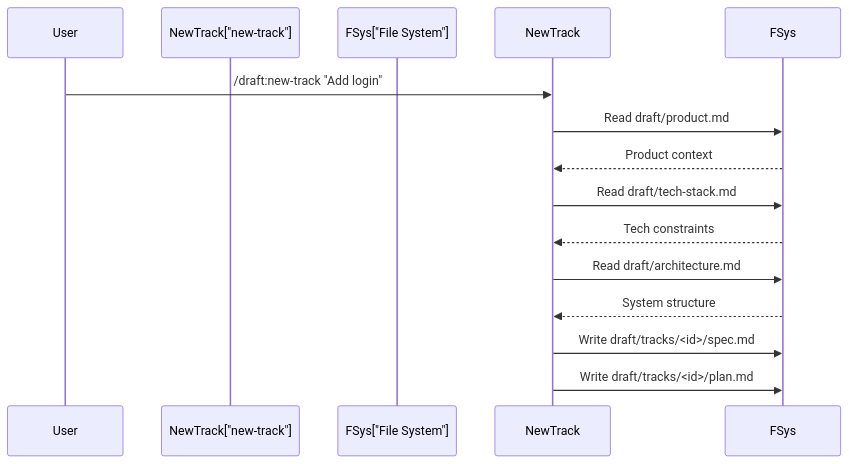
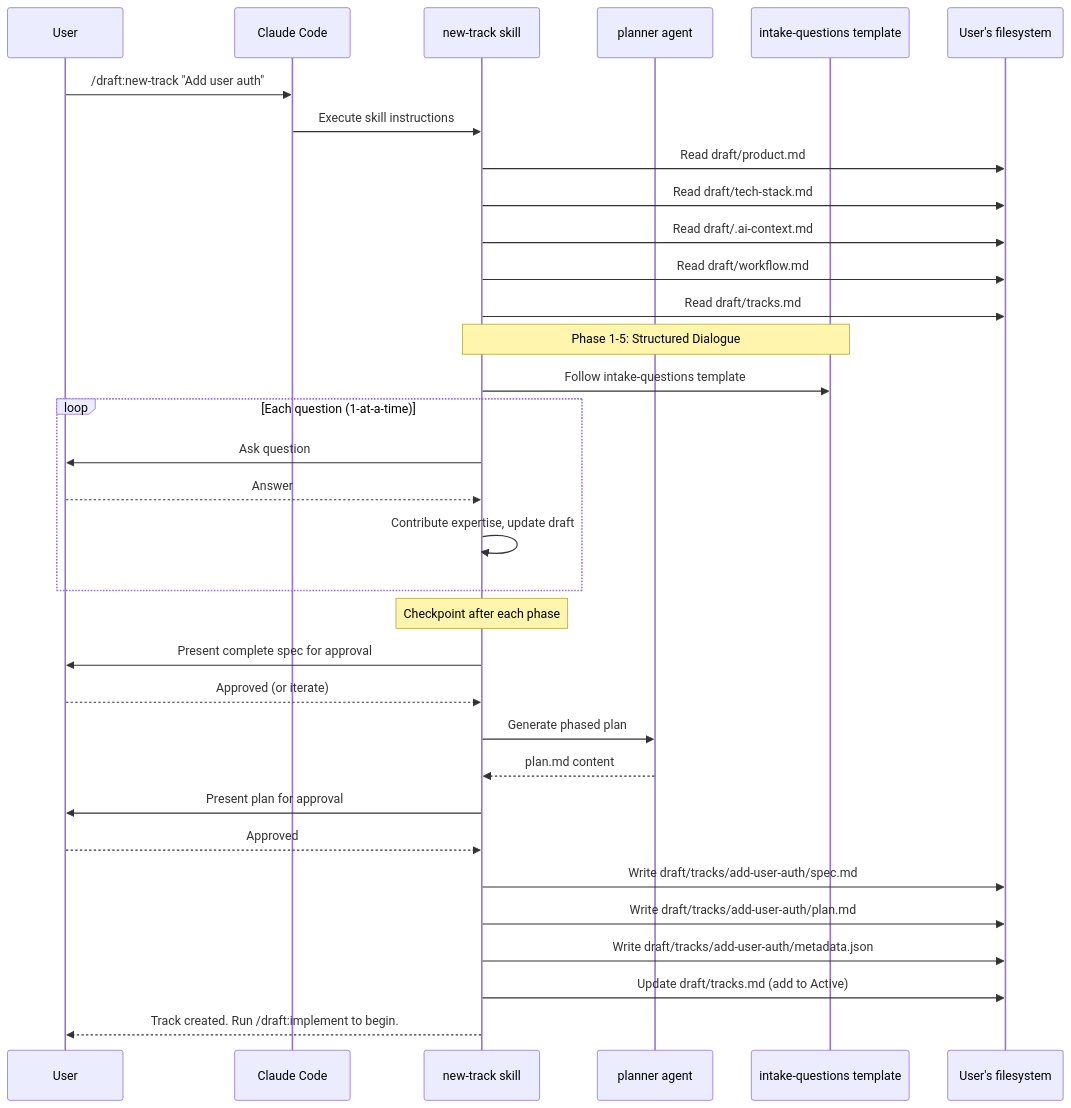
The eighth of 9 diagrams in draft/architecture.md (mayurpise/draft), drawn with Mermaid before and after one commit. The commit also changed other lines of this file and 6 other files, not shown here.

First line of the commit message:
feat(init): regenerate draft context with exhaustive architecture analysis

````diff
--- a/draft/architecture.md
+++ b/draft/architecture.md
@@ -521,16 +1437,43 @@
 ```mermaid
 sequenceDiagram
-    participant User
-    participant NewTrack["new-track"]
-    participant FSys["File System"]
+    participant U as User
+    participant CC as Claude Code
+    participant NT as new-track skill
+    participant PL as planner agent
+    participant IQ as intake-questions template
+    participant FS as User's filesystem
 
-    User->>NewTrack: /draft:new-track "Add login"
-    NewTrack->>FSys: Read draft/product.md
-    FSys-->>NewTrack: Product context
-    NewTrack->>FSys: Read draft/tech-stack.md
-    FSys-->>NewTrack: Tech constraints
-    NewTrack->>FSys: Read draft/architecture.md
-    FSys-->>NewTrack: System structure
-    NewTrack->>FSys: Write draft/tracks/<id>/spec.md
-    NewTrack->>FSys: Write draft/tracks/<id>/plan.md
+    U->>CC: /draft:new-track "Add user auth"
+    CC->>NT: Execute skill instructions
+    NT->>FS: Read draft/product.md
+    NT->>FS: Read draft/tech-stack.md
+    NT->>FS: Read draft/.ai-context.md
+    NT->>FS: Read draft/workflow.md
+    NT->>FS: Read draft/tracks.md
+
+    Note over NT,IQ: Phase 1-5: Structured Dialogue
+    NT->>IQ: Follow intake-questions template
+    loop Each question (1-at-a-time)
+        NT->>U: Ask question
+        U-->>NT: Answer
+        NT->>NT: Contribute expertise, update draft
+    end
+
+    Note over NT: Checkpoint after each phase
+
+    NT->>U: Present complete spec for approval
+    U-->>NT: Approved (or iterate)
+
+    NT->>PL: Generate phased plan
+    PL-->>NT: plan.md content
+
+    NT->>U: Present plan for approval
+    U-->>NT: Approved
+
+    NT->>FS: Write draft/tracks/add-user-auth/spec.md
+    NT->>FS: Write draft/tracks/add-user-auth/plan.md
+    NT->>FS: Write draft/tracks/add-user-auth/metadata.json
+    NT->>FS: Update draft/tracks.md (add to Active)
+
+    NT-->>U: Track created. Run /draft:implement to begin.
 ```
````
